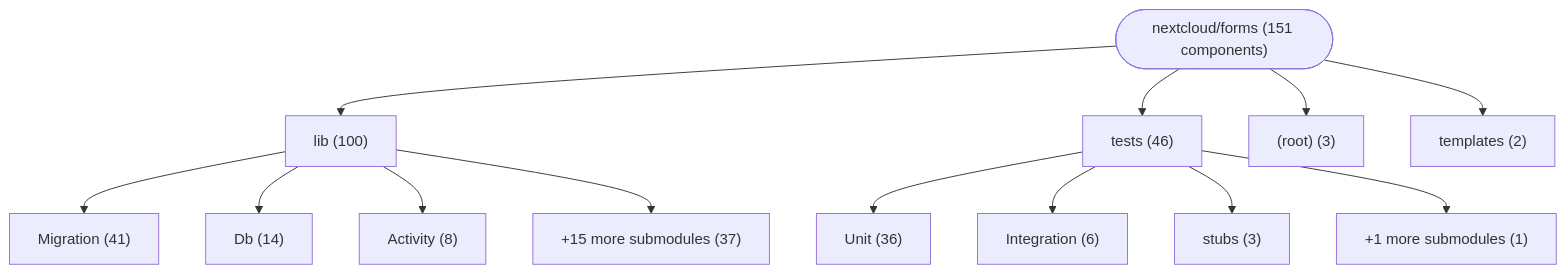
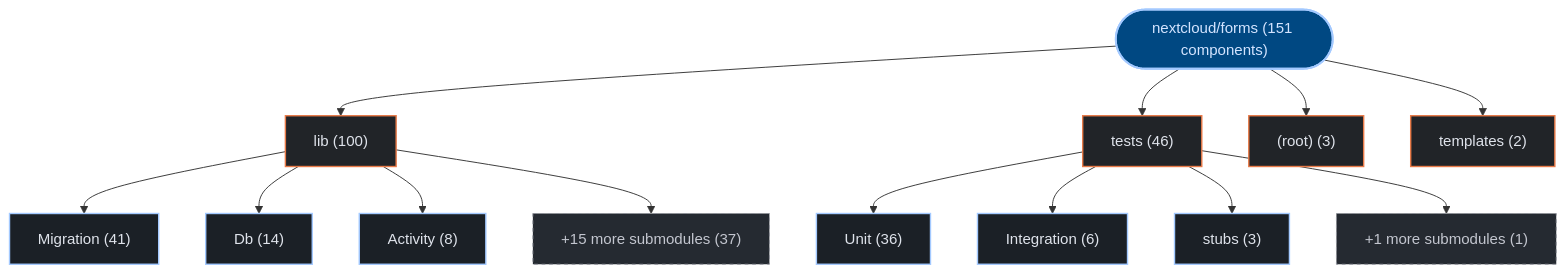
The first of 2 diagrams in exports/latest/reports/nextcloud-forms-report.md (kumarshaz/atruss-code-atlas), drawn with Mermaid before and after one commit. The commit also changed other lines of this file and 331 other files, not shown here.

Commit message:
docs,ui,fix: update SDLC docs, reorder CI/CD DAG first, stylize Mermaid, and fix Arc42 pipeline topology

````diff
--- a/exports/latest/reports/nextcloud-forms-report.md
+++ b/exports/latest/reports/nextcloud-forms-report.md
@@ -42,28 +42,35 @@
 ```mermaid
 graph TD;
-    repo_root(["nextcloud/forms (151 components)"])
-    dir_0_lib["lib (100)"]
+  classDef atlasRoot fill:#004882,stroke:#a3c9ff,stroke-width:2px,color:#d3e4ff
+  classDef atlasCategory fill:#212428,stroke:#E87A48,stroke-width:1.5px,color:#dfe3eb
+  classDef atlasWorkflow fill:#1b2026,stroke:#a3c9ff,stroke-width:1.5px,color:#dfe3eb
+  classDef atlasJob fill:#171c22,stroke:#8d9199,stroke-width:1px,color:#dfe3eb
+  classDef atlasTarget fill:#005227,stroke:#8bd99b,stroke-width:1.5px,color:#a7f6b6
+  classDef atlasAlert fill:#93000a,stroke:#ffb4ab,stroke-width:1.5px,color:#ffdad6
+  classDef atlasMore fill:#252a31,stroke:#8d9199,stroke-dasharray:4 4,color:#c3c6cf
+    repo_root(["nextcloud/forms (151 components)"]):::atlasRoot
+    dir_0_lib["lib (100)"]:::atlasCategory
     repo_root --> dir_0_lib
-    sub_0_0_Migration["Migration (41)"]
+    sub_0_0_Migration["Migration (41)"]:::atlasWorkflow
     dir_0_lib --> sub_0_0_Migration
-    sub_0_1_Db["Db (14)"]
+    sub_0_1_Db["Db (14)"]:::atlasWorkflow
     dir_0_lib --> sub_0_1_Db
-    sub_0_2_Activity["Activity (8)"]
+    sub_0_2_Activity["Activity (8)"]:::atlasWorkflow
     dir_0_lib --> sub_0_2_Activity
-    sub_0_more["+15 more submodules (37)"]
+    sub_0_more["+15 more submodules (37)"]:::atlasMore
     dir_0_lib --> sub_0_more
-    dir_1_tests["tests (46)"]
+    dir_1_tests["tests (46)"]:::atlasCategory
     repo_root --> dir_1_tests
-    sub_1_0_Unit["Unit (36)"]
+    sub_1_0_Unit["Unit (36)"]:::atlasWorkflow
     dir_1_tests --> sub_1_0_Unit
-    sub_1_1_Integration["Integration (6)"]
+    sub_1_1_Integration["Integration (6)"]:::atlasWorkflow
     dir_1_tests --> sub_1_1_Integration
-    sub_1_2_stubs["stubs (3)"]
+    sub_1_2_stubs["stubs (3)"]:::atlasWorkflow
     dir_1_tests --> sub_1_2_stubs
-    sub_1_more["+1 more submodules (1)"]
+    sub_1_more["+1 more submodules (1)"]:::atlasMore
     dir_1_tests --> sub_1_more
-    dir_2__root_["(root) (3)"]
+    dir_2__root_["(root) (3)"]:::atlasCategory
     repo_root --> dir_2__root_
-    dir_3_templates["templates (2)"]
+    dir_3_templates["templates (2)"]:::atlasCategory
     repo_root --> dir_3_templates
 ```
````
